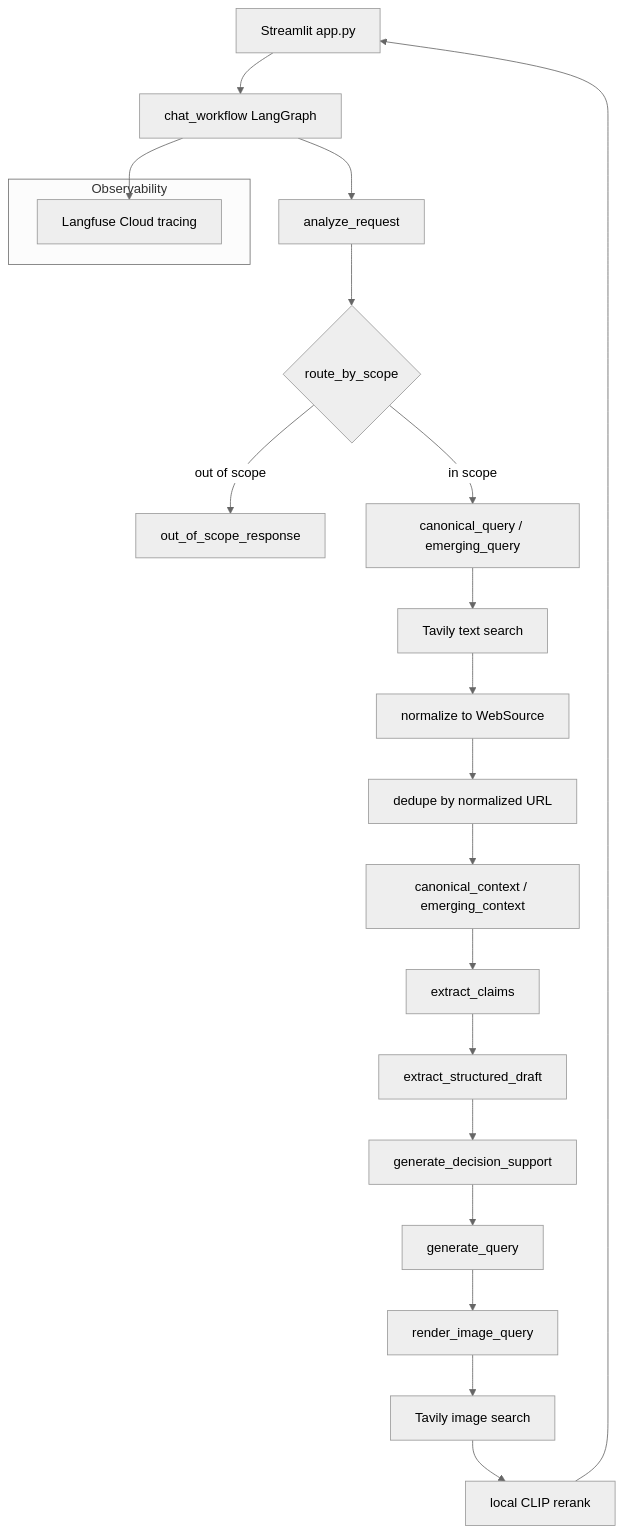
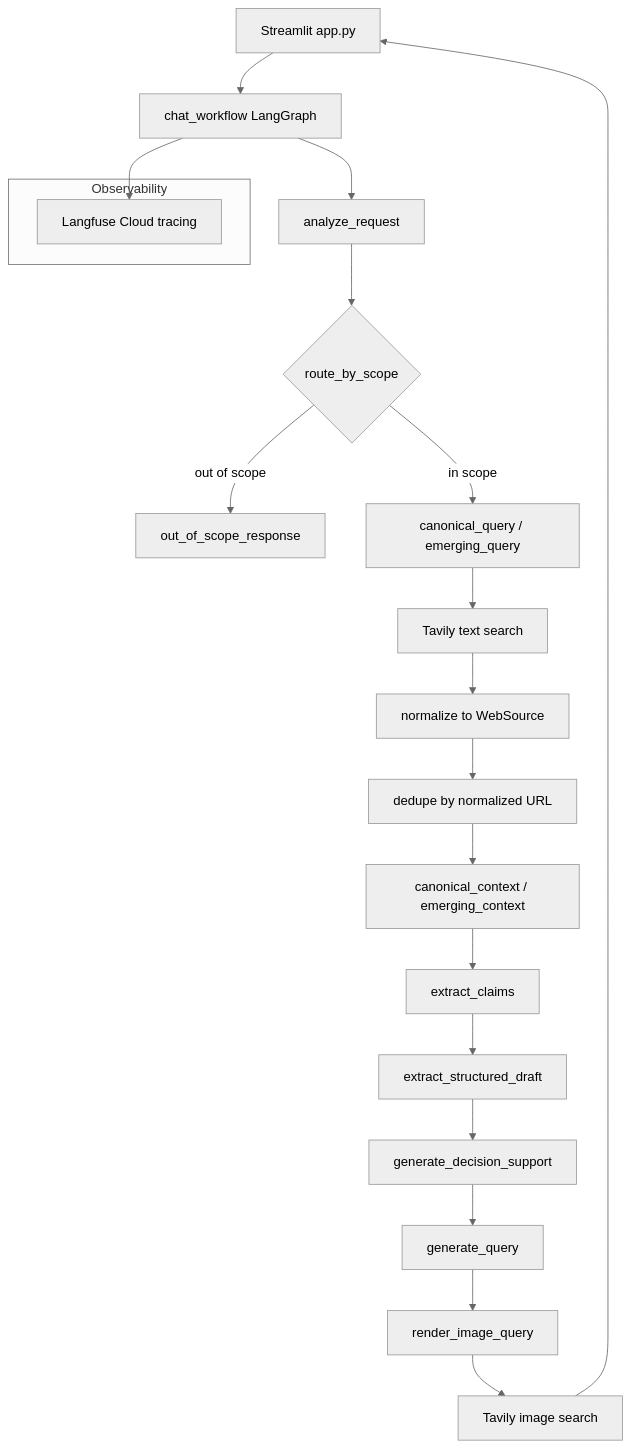
One commit to mofuteq/trend-to-rule changed the diagram in README.md. Above: the diagram before and after it, drawn with Mermaid (neutral theme). The commit also changed other lines of this file and 8 other files, not shown here.

````diff
--- a/README.md
+++ b/README.md
@@ -79,25 +76,24 @@
 ```mermaid
 flowchart TD
     E[Streamlit app.py] --> W[chat_workflow LangGraph]
     W --> A[analyze_request]
     A --> R{route_by_scope}
     R -->|out of scope| OOS[out_of_scope_response]
     R -->|in scope| Q[canonical_query / emerging_query]
     Q --> T[Tavily text search]
     T --> S[normalize to WebSource]
     S --> D[dedupe by normalized URL]
     D --> C[canonical_context / emerging_context]
     C --> EC[extract_claims]
     EC --> ESD[extract_structured_draft]
     ESD --> GDS[generate_decision_support]
     GDS --> GQ[generate_query]
     GQ --> RIQ[render_image_query]
     RIQ --> SI[Tavily image search]
-    SI --> CLIP[local CLIP rerank]
-    CLIP --> E
+    SI --> E
 
     subgraph Observability
       LF[Langfuse Cloud tracing]
     end
     W --> LF
 ```
````
